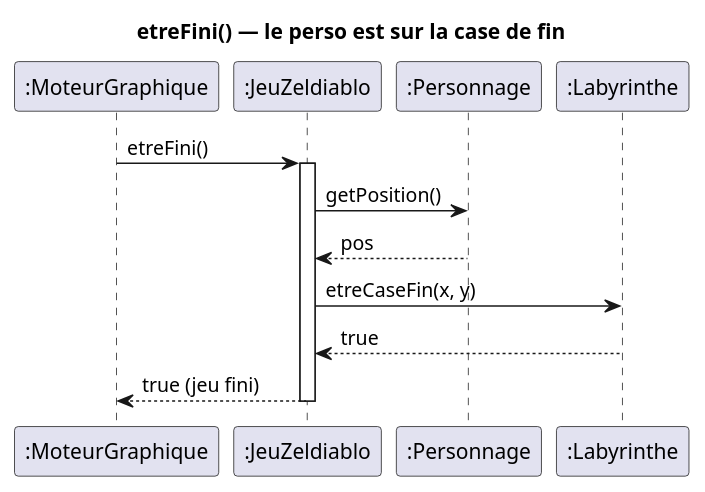
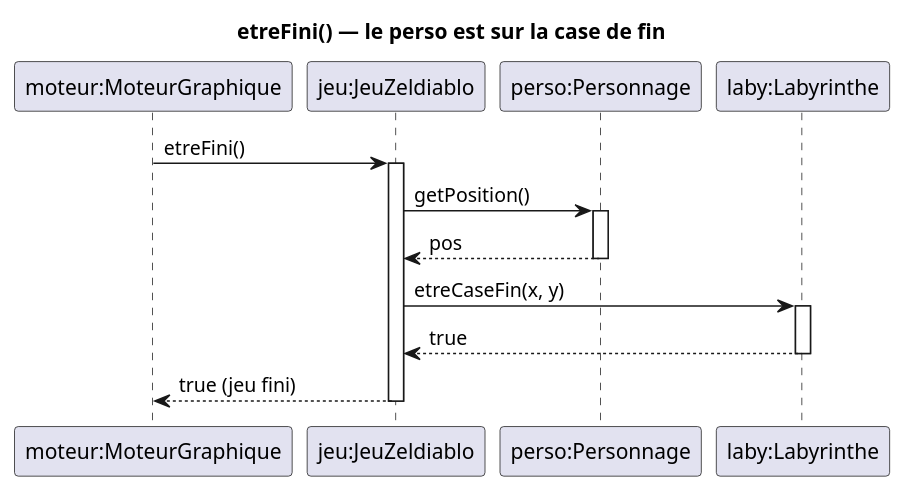
Before and after one commit to D-Lilian09/2026_COO_Zeldiablo_DU-HE-MA-PA: the diagram in documents/version_3/diagramme_de_sequence_finJeu.puml, drawn with PlantUML. The commit also changed 2 other files, not shown here.

```diff
--- a/documents/version_3/diagramme_de_sequence_finJeu.puml
+++ b/documents/version_3/diagramme_de_sequence_finJeu.puml
@@ -1,20 +1,23 @@
 @startuml
 title etreFini() — le perso est sur la case de fin
 
-participant ":MoteurGraphique" as moteur
-participant ":JeuZeldiablo" as jeu
-participant ":Personnage" as perso
-participant ":Labyrinthe" as laby
+participant "moteur:MoteurGraphique" as moteur
+participant "jeu:JeuZeldiablo" as jeu
+participant "perso:Personnage" as perso
+participant "laby:Labyrinthe" as laby
 
 moteur -> jeu : etreFini()
 activate jeu
 
 jeu -> perso : getPosition()
+activate perso
 perso --> jeu : pos
+deactivate perso
 
 jeu -> laby : etreCaseFin(x, y)
+activate laby
 laby --> jeu : true
-
+deactivate laby
 jeu --> moteur : true (jeu fini)
 deactivate jeu
 @enduml
```
